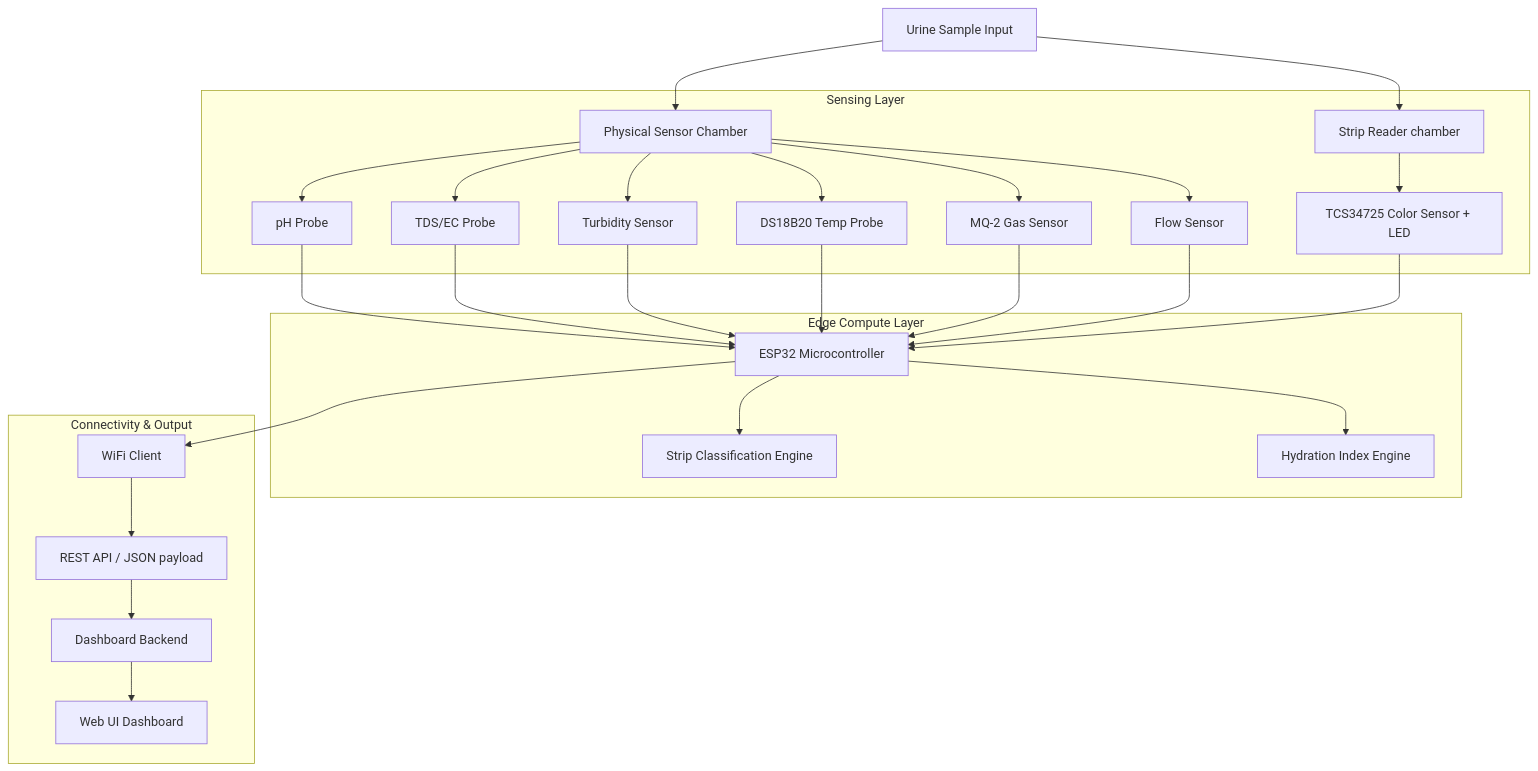
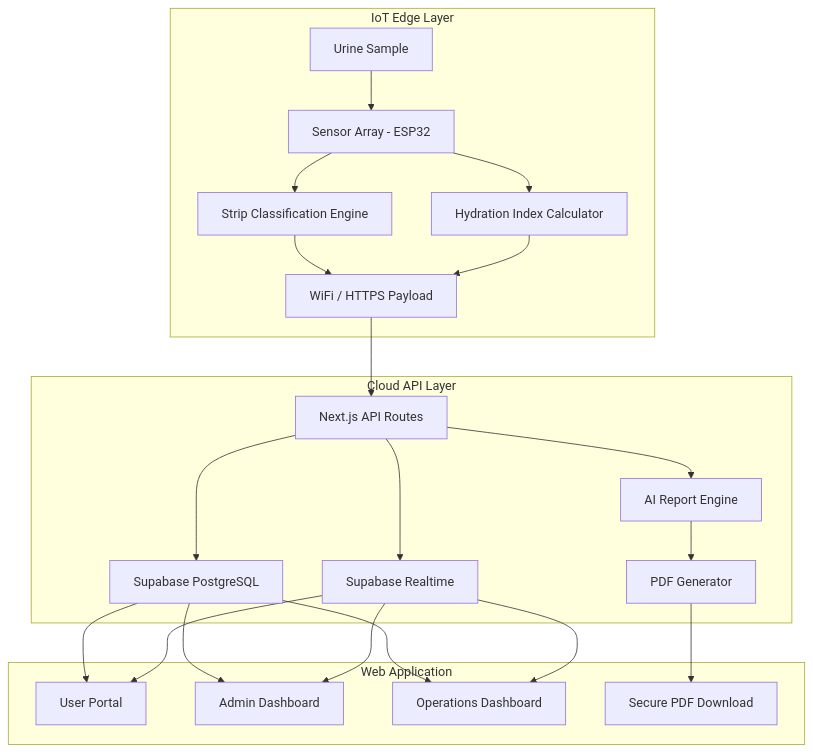
The diagram in README.md (umeshpandeysh/Smart-Urine-Monitoring-System), drawn with Mermaid before and after one commit. The commit also changed other lines of this file and 11 other files, not shown here.

````diff
--- a/README.md
+++ b/README.md
@@ -32,29 +42,24 @@
 ```mermaid
 graph TD
-    A[Urine Sample Input] --> B[Physical Sensor Chamber]
-    A --> C[Strip Reader chamber]
-    
-    subgraph "Sensing Layer"
-        B --> D1[pH Probe]
-        B --> D2[TDS/EC Probe]
-        B --> D3[Turbidity Sensor]
-        B --> D4[DS18B20 Temp Probe]
-        B --> D5[MQ-2 Gas Sensor]
-        B --> D6[Flow Sensor]
-        
-        C --> D7[TCS34725 Color Sensor + LED]
+    subgraph "IoT Edge Layer"
+        A[Urine Sample] --> B[Sensor Array - ESP32]
+        B --> C[Strip Classification Engine]
+        B --> D[Hydration Index Calculator]
+        C & D --> E[WiFi / HTTPS Payload]
     end
 
-    subgraph "Edge Compute Layer"
-        D1 & D2 & D3 & D4 & D5 & D6 & D7 --> E[ESP32 Microcontroller]
-        E --> F[Strip Classification Engine]
-        E --> G[Hydration Index Engine]
+    subgraph "Cloud API Layer"
+        E --> F[Next.js API Routes]
+        F --> G[Supabase PostgreSQL]
+        F --> H[Supabase Realtime]
+        F --> I[AI Report Engine]
+        I --> J[PDF Generator]
     end
 
-    subgraph "Connectivity & Output"
-        E --> H[WiFi Client]
-        H --> I[REST API / JSON payload]
-        I --> J[Dashboard Backend]
-        J --> K[Web UI Dashboard]
+    subgraph "Web Application"
+        G & H --> K[User Portal]
+        G & H --> L[Admin Dashboard]
+        G & H --> M[Operations Dashboard]
+        J --> N[Secure PDF Download]
     end
 ```
````
